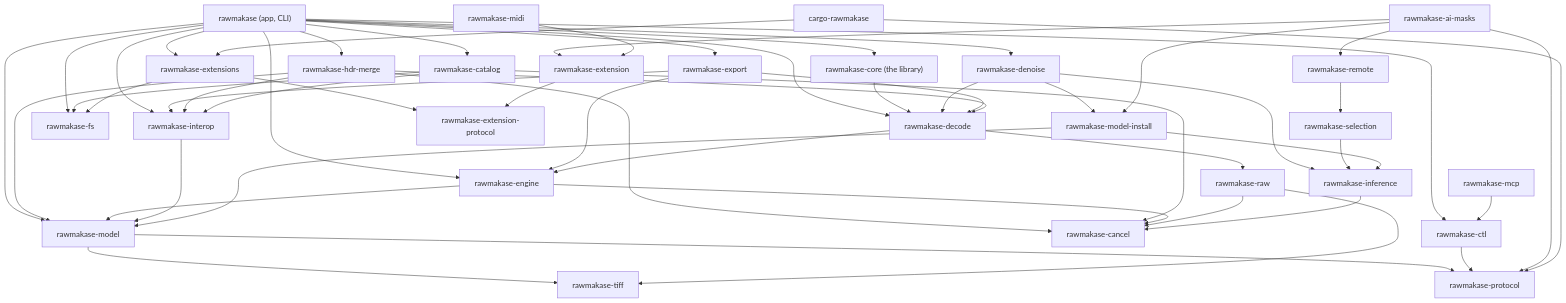
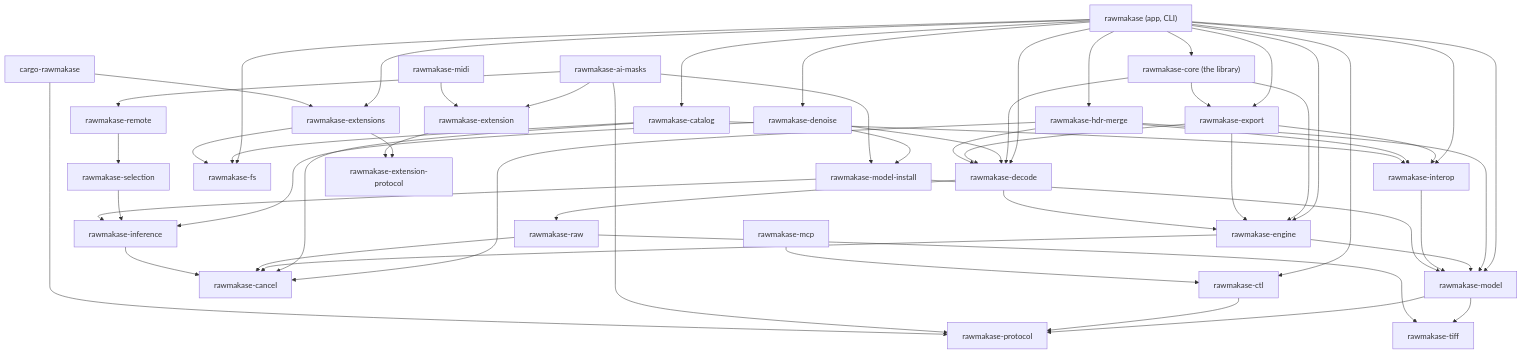
The diagram in docs/architecture.md (pch/rawmakase), drawn with Mermaid before and after one commit. The commit also changed other lines of this file and 20 other files, not shown here.

````diff
--- a/docs/architecture.md
+++ b/docs/architecture.md
@@ -15,54 +15,56 @@
 ```mermaid
 flowchart TD
     app["rawmakase (app, CLI)"]
     core["rawmakase-core (the library)"]
     export[rawmakase-export]
     decode[rawmakase-decode]
     catalog[rawmakase-catalog]
     engine[rawmakase-engine]
     interop[rawmakase-interop]
     model[rawmakase-model]
     raw[rawmakase-raw]
     tiff[rawmakase-tiff]
     cancel[rawmakase-cancel]
     fs[rawmakase-fs]
     protocol[rawmakase-protocol]
     ctl[rawmakase-ctl]
     mcp[rawmakase-mcp]
     remote[rawmakase-remote]
     inference[rawmakase-inference]
     selection[rawmakase-selection]
     modelinstall[rawmakase-model-install]
     denoise[rawmakase-denoise]
     aimasks[rawmakase-ai-masks]
     exthost[rawmakase-extensions]
     extprotocol[rawmakase-extension-protocol]
     sdk[rawmakase-extension]
     cargoext[cargo-rawmakase]
     midi[rawmakase-midi]
     hdrmerge[rawmakase-hdr-merge]
 
     app --> export & decode & catalog & engine & interop & model
     app --> ctl & denoise & fs & exthost & hdrmerge & core
+    core --> export
+    core --> engine
     core --> decode
     denoise --> decode & inference & modelinstall
     export --> decode & engine & interop
     hdrmerge --> decode & interop & model & cancel
     decode --> engine & raw
     catalog --> interop & fs & cancel
     engine --> model & cancel
     interop --> model
     model --> tiff & protocol
     raw --> tiff & cancel
     ctl --> protocol
     mcp --> ctl
     remote --> selection
     selection --> inference
     inference --> cancel
     modelinstall --> inference & model
     aimasks --> sdk & remote & modelinstall & protocol
     exthost --> extprotocol & fs
     sdk --> extprotocol
     midi --> sdk
     cargoext --> exthost & protocol
 ```
````
